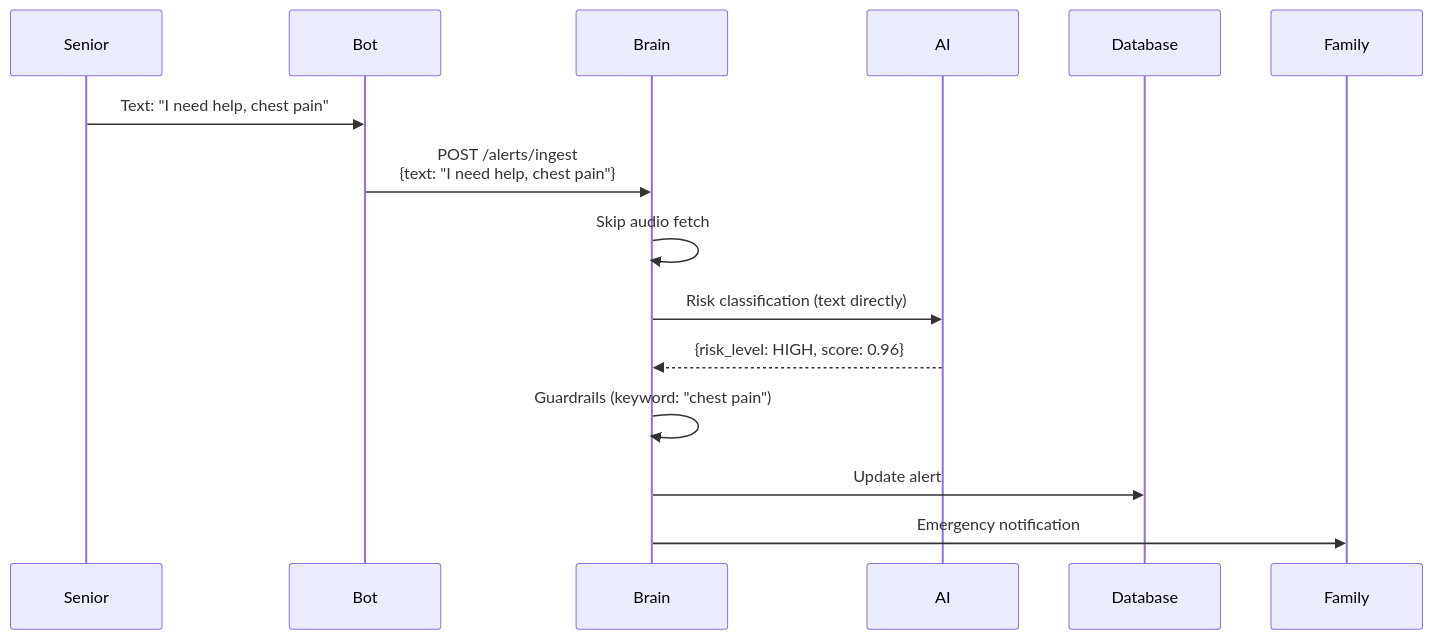
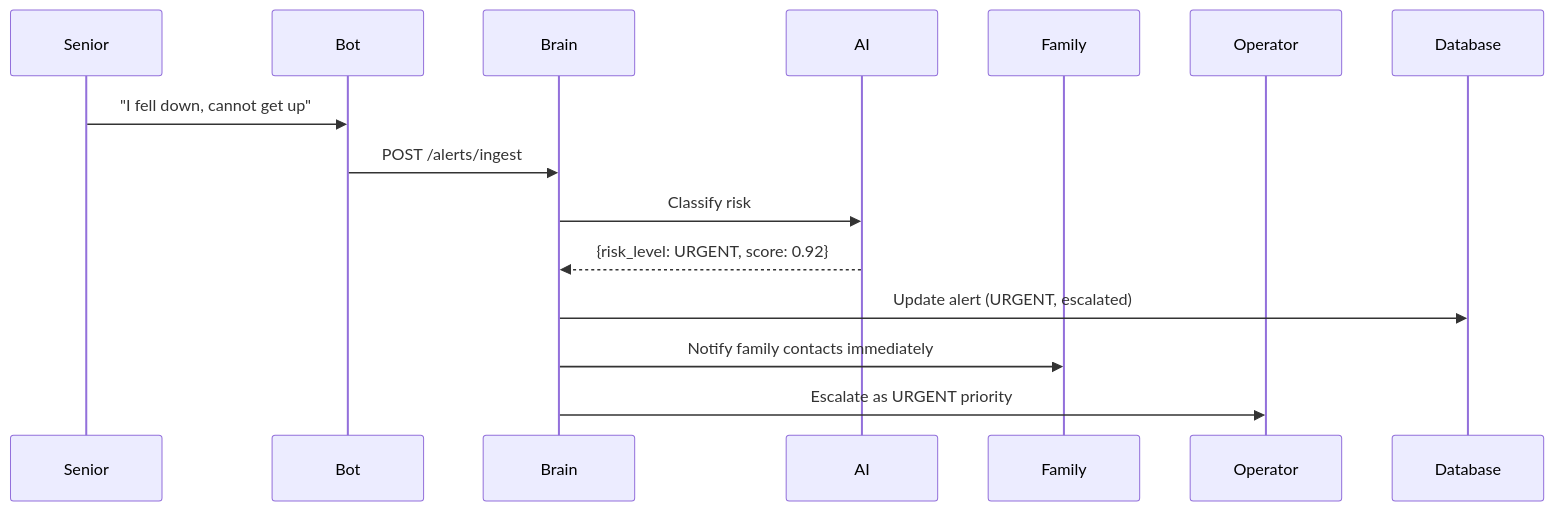
The seventh of 8 diagrams in flowchart.md (brucewzj99/PersonalAlertPlus), drawn with Mermaid before and after one commit. The commit also changed other lines of this file and 11 other files, not shown here.

````diff
--- a/flowchart.md
+++ b/flowchart.md
@@ -373,16 +342,17 @@
 ```mermaid
 sequenceDiagram
     participant Senior
     participant Bot
     participant Brain
     participant AI
+    participant Family
+    participant Operator
 
-    Senior->>Bot: Text: "I need help, chest pain"
-    Bot->>Brain: POST /alerts/ingest<br/>{text: "I need help, chest pain"}
-    Brain->>Brain: Skip audio fetch
-    Brain->>AI: Risk classification (text directly)
-    AI-->>Brain: {risk_level: HIGH, score: 0.96}
-    Brain->>Brain: Guardrails (keyword: "chest pain")
-    Brain->>Database: Update alert
-    Brain->>Family: Emergency notification
+    Senior->>Bot: "I fell down, cannot get up"
+    Bot->>Brain: POST /alerts/ingest
+    Brain->>AI: Classify risk
+    AI-->>Brain: {risk_level: URGENT, score: 0.92}
+    Brain->>Database: Update alert (URGENT, escalated)
+    Brain->>Family: Notify family contacts immediately
+    Brain->>Operator: Escalate as URGENT priority
 ```
````
